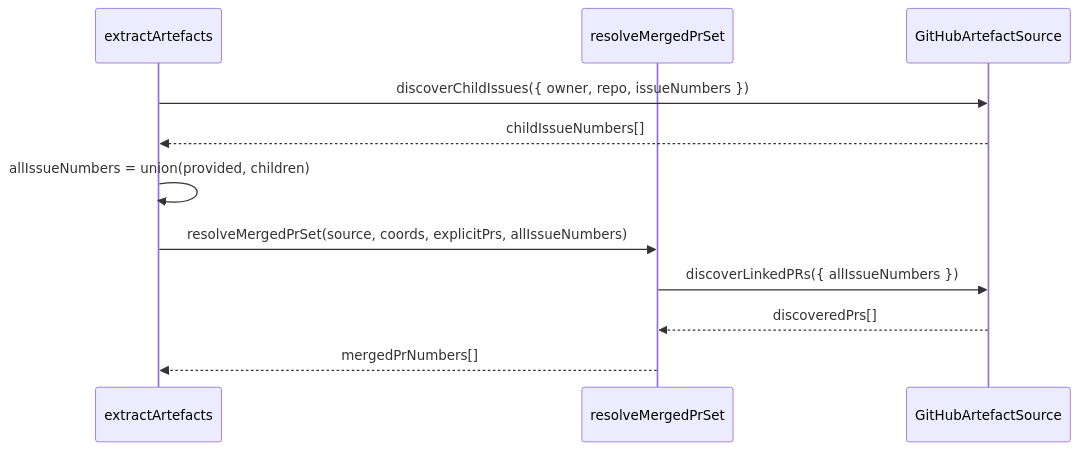
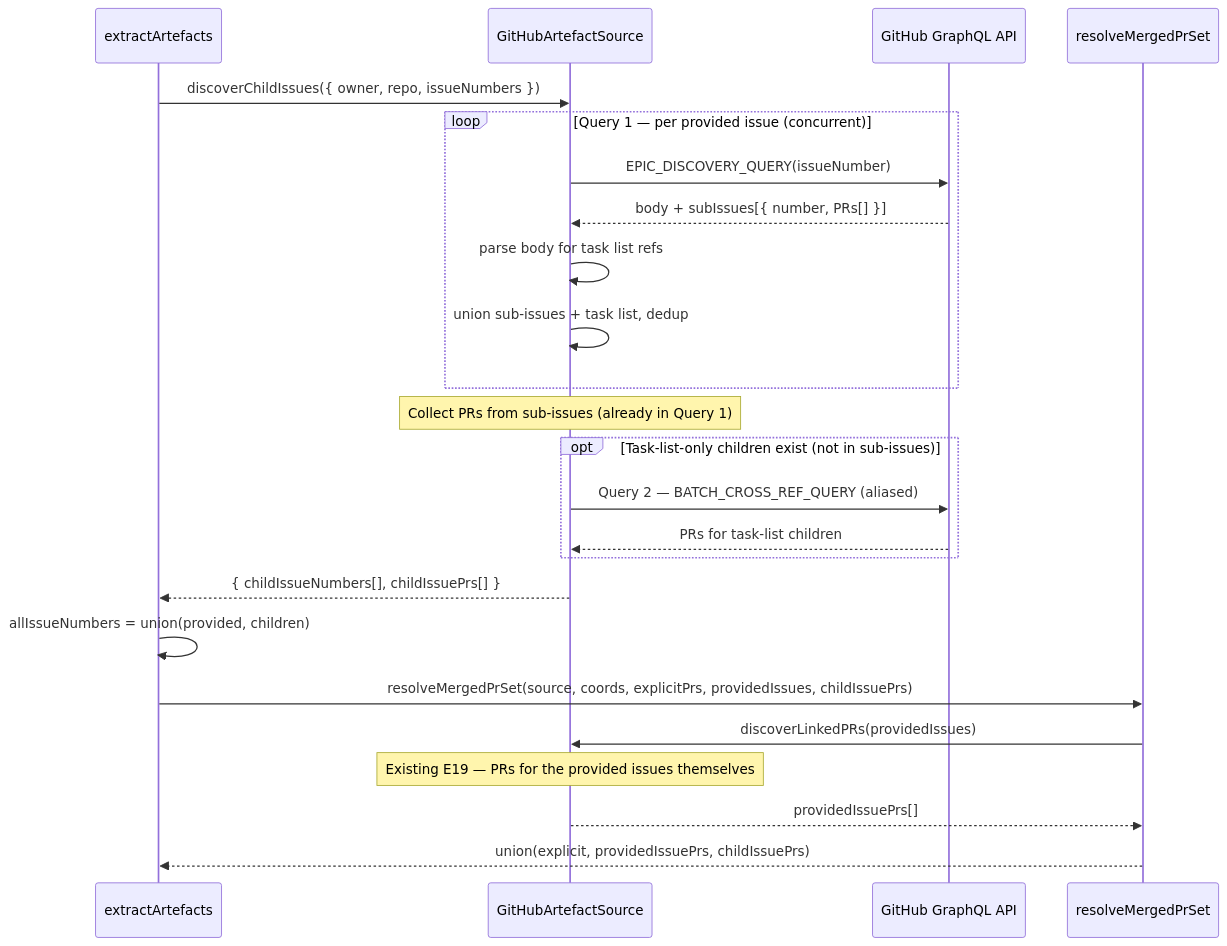
One commit to mironyx/feature-comprehension-score changed the first of 3 diagrams in docs/design/lld-v4-e2-epic-discovery.md. Above: the diagram before and after it, drawn with Mermaid. The commit also changed other lines of this file, not shown here.

First line of the commit message:
docs: rework E2 LLD — batched GraphQL queries for epic discovery #321

````diff
--- a/docs/design/lld-v4-e2-epic-discovery.md
+++ b/docs/design/lld-v4-e2-epic-discovery.md
@@ -54,14 +47,27 @@
 ```mermaid
 sequenceDiagram
     participant Svc as extractArtefacts
+    participant Adapter as GitHubArtefactSource
+    participant GQL as GitHub GraphQL API
     participant Resolve as resolveMergedPrSet
-    participant Adapter as GitHubArtefactSource
 
     Svc->>Adapter: discoverChildIssues({ owner, repo, issueNumbers })
-    Adapter-->>Svc: childIssueNumbers[]
+    loop Query 1 — per provided issue (concurrent)
+        Adapter->>GQL: EPIC_DISCOVERY_QUERY(issueNumber)
+        GQL-->>Adapter: body + subIssues[{ number, PRs[] }]
+        Adapter->>Adapter: parse body for task list refs
+        Adapter->>Adapter: union sub-issues + task list, dedup
+    end
+    Note over Adapter: Collect PRs from sub-issues (already in Query 1)
+    opt Task-list-only children exist (not in sub-issues)
+        Adapter->>GQL: Query 2 — BATCH_CROSS_REF_QUERY (aliased)
+        GQL-->>Adapter: PRs for task-list children
+    end
+    Adapter-->>Svc: { childIssueNumbers[], childIssuePrs[] }
     Svc->>Svc: allIssueNumbers = union(provided, children)
-    Svc->>Resolve: resolveMergedPrSet(source, coords, explicitPrs, allIssueNumbers)
-    Resolve->>Adapter: discoverLinkedPRs({ allIssueNumbers })
-    Adapter-->>Resolve: discoveredPrs[]
-    Resolve-->>Svc: mergedPrNumbers[]
+    Svc->>Resolve: resolveMergedPrSet(source, coords, explicitPrs, providedIssues, childIssuePrs)
+    Resolve->>Adapter: discoverLinkedPRs(providedIssues)
+    Note over Adapter: Existing E19 — PRs for the provided issues themselves
+    Adapter-->>Resolve: providedIssuePrs[]
+    Resolve-->>Svc: union(explicit, providedIssuePrs, childIssuePrs)
 ```
````
